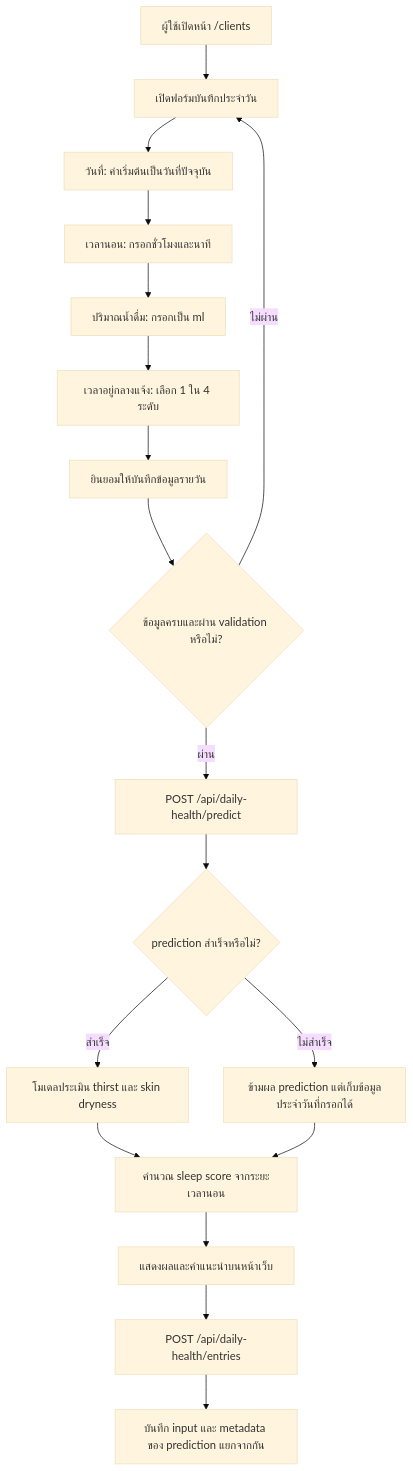
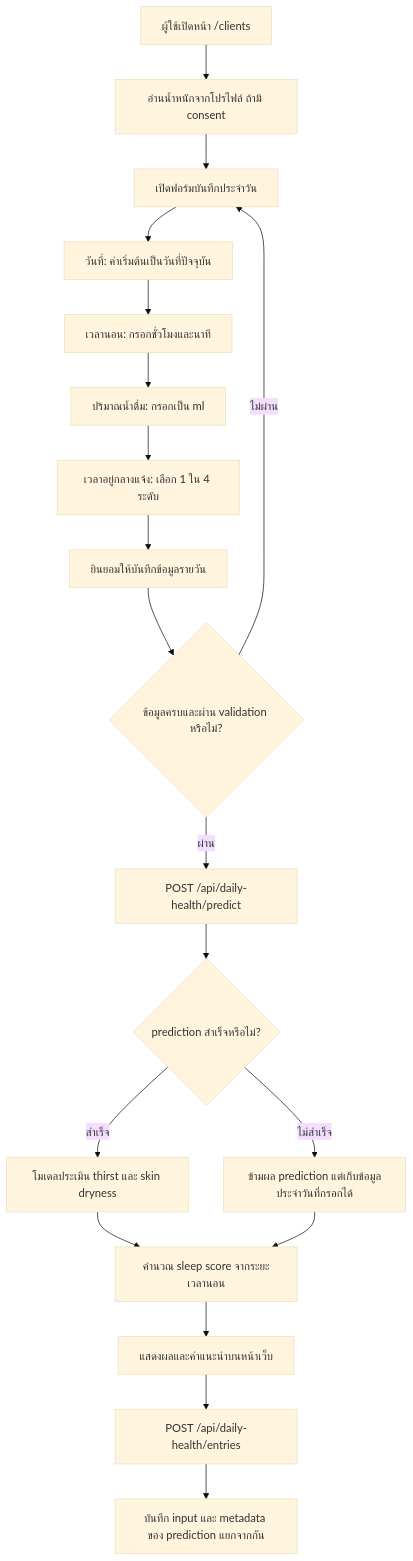
The first of 3 diagrams in docs/Daily-Health-Input-Flow.md (PacharaponK/Aphrodize), drawn with Mermaid (base theme) before and after one commit. The commit also changed other lines of this file and 32 other files, not shown here.

````diff
--- a/docs/Daily-Health-Input-Flow.md
+++ b/docs/Daily-Health-Input-Flow.md
@@ -7,21 +7,22 @@
 ```mermaid
 flowchart TD
-    A[ผู้ใช้เปิดหน้า /clients] --> B[เปิดฟอร์มบันทึกประจำวัน]
+    A[ผู้ใช้เปิดหน้า /clients] --> A1[อ่านน้ำหนักจากโปรไฟล์ ถ้ามี consent]
+    A1 --> B[เปิดฟอร์มบันทึกประจำวัน]
     B --> C[วันที่: ค่าเริ่มต้นเป็นวันที่ปัจจุบัน]
     C --> D[เวลานอน: กรอกชั่วโมงและนาที]
     D --> E[ปริมาณน้ำดื่ม: กรอกเป็น ml]
     E --> F[เวลาอยู่กลางแจ้ง: เลือก 1 ใน 4 ระดับ]
     F --> G[ยินยอมให้บันทึกข้อมูลรายวัน]
     G --> H{ข้อมูลครบและผ่าน validation หรือไม่?}
     H -- ไม่ผ่าน --> B
     H -- ผ่าน --> I[POST /api/daily-health/predict]
 
     I --> J{prediction สำเร็จหรือไม่?}
     J -- สำเร็จ --> K[โมเดลประเมิน thirst และ skin dryness]
     J -- ไม่สำเร็จ --> L[ข้ามผล prediction แต่เก็บข้อมูลประจำวันที่กรอกได้]
     K --> M[คำนวณ sleep score จากระยะเวลานอน]
     L --> M
     M --> N[แสดงผลและคำแนะนำบนหน้าเว็บ]
     N --> O[POST /api/daily-health/entries]
     O --> P[บันทึก input และ metadata ของ prediction แยกจากกัน]
 ```
````
